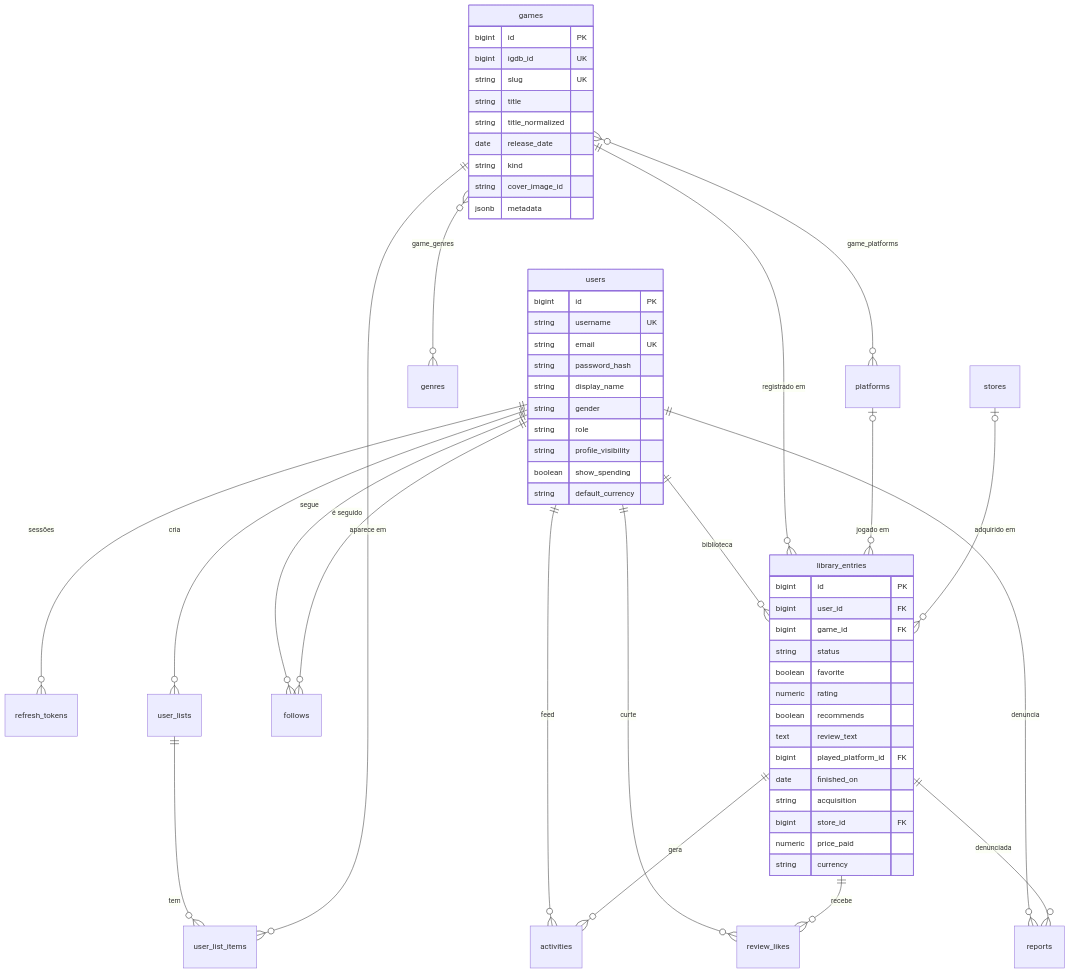
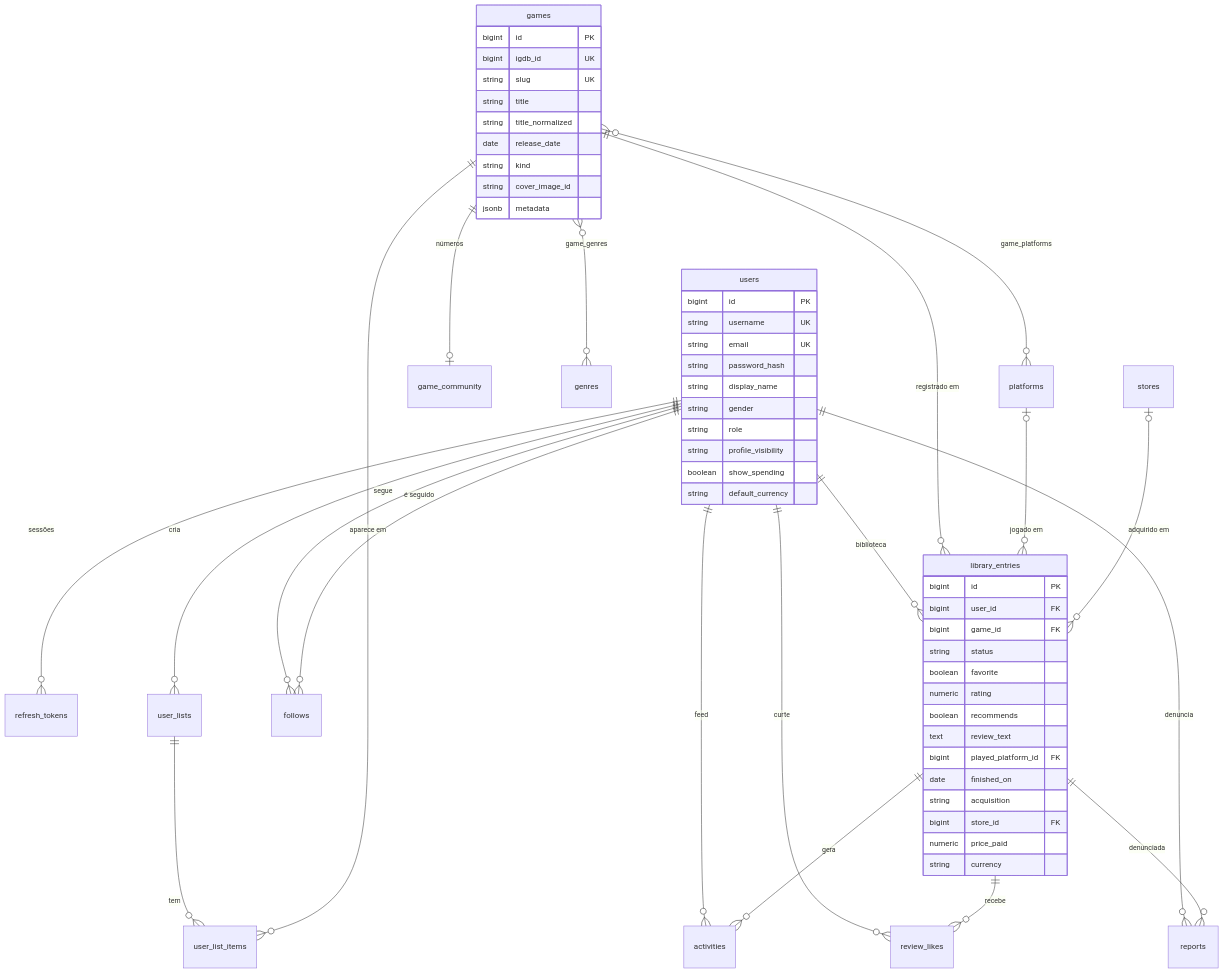
Before and after one commit to kauanunnes/game-log-backend: the diagram in docs/03-modelo-de-dados.md, drawn with Mermaid. The commit also changed other lines of this file and 2 other files, not shown here.

Commit message:
docs: mark task 2.9 as done and document the caches and game_community

````diff
--- a/docs/03-modelo-de-dados.md
+++ b/docs/03-modelo-de-dados.md
@@ -7,61 +7,62 @@
 ```mermaid
 erDiagram
     users ||--o{ refresh_tokens : "sessões"
     users ||--o{ library_entries : "biblioteca"
     users ||--o{ follows : "segue"
     users ||--o{ follows : "é seguido"
     users ||--o{ activities : "feed"
     library_entries ||--o{ activities : "gera"
     users ||--o{ review_likes : "curte"
     library_entries ||--o{ review_likes : "recebe"
     users ||--o{ reports : "denuncia"
     library_entries ||--o{ reports : "denunciada"
     users ||--o{ user_lists : "cria"
     user_lists ||--o{ user_list_items : "tem"
     games ||--o{ user_list_items : "aparece em"
     games ||--o{ library_entries : "registrado em"
+    games ||--o| game_community : "números"
     games }o--o{ genres : "game_genres"
     games }o--o{ platforms : "game_platforms"
     platforms |o--o{ library_entries : "jogado em"
     stores |o--o{ library_entries : "adquirido em"
 
     users {
         bigint id PK
         string username UK
         string email UK
         string password_hash
         string display_name
         string gender
         string role
         string profile_visibility
         boolean show_spending
         string default_currency
     }
     games {
         bigint id PK
         bigint igdb_id UK
         string slug UK
         string title
         string title_normalized
         date release_date
         string kind
         string cover_image_id
         jsonb metadata
     }
     library_entries {
         bigint id PK
         bigint user_id FK
         bigint game_id FK
         string status
         boolean favorite
         numeric rating
         boolean recommends
         text review_text
         bigint played_platform_id FK
         date finished_on
         string acquisition
         bigint store_id FK
         numeric price_paid
         string currency
     }
 ```
````
